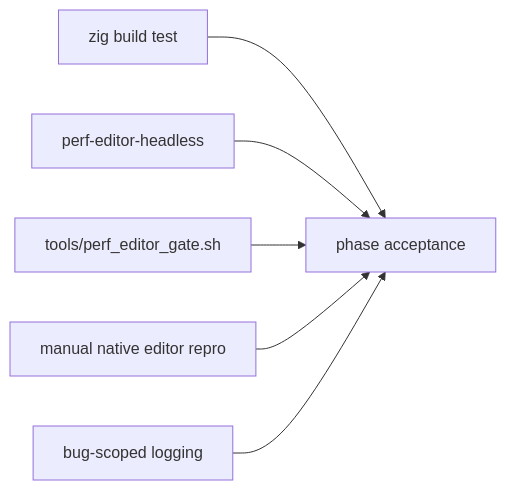
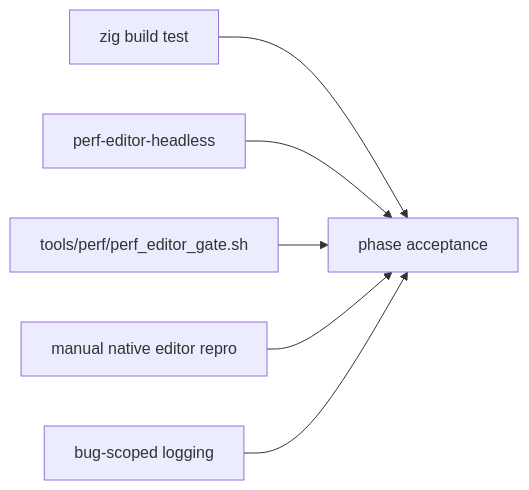
One commit to LaurenceGuws/Zide changed the second of 2 diagrams in app_architecture/editor/EDITOR_REDESIGN_EXECUTION_ROADMAP.md. Above: the diagram before and after it, drawn with Mermaid. The commit also changed other lines of this file and 95 other files, not shown here.

````diff
--- a/app_architecture/editor/EDITOR_REDESIGN_EXECUTION_ROADMAP.md
+++ b/app_architecture/editor/EDITOR_REDESIGN_EXECUTION_ROADMAP.md
@@ -383,14 +383,14 @@
 ```mermaid
 flowchart LR
     Build[zig build test]
     Headless[perf-editor-headless]
-    Gate[tools/perf_editor_gate.sh]
+    Gate[tools/perf/perf_editor_gate.sh]
     Native[manual native editor repro]
     Logs[bug-scoped logging]
 
     Build --> Accept[phase acceptance]
     Headless --> Accept
     Gate --> Accept
     Native --> Accept
     Logs --> Accept
 ```
````
